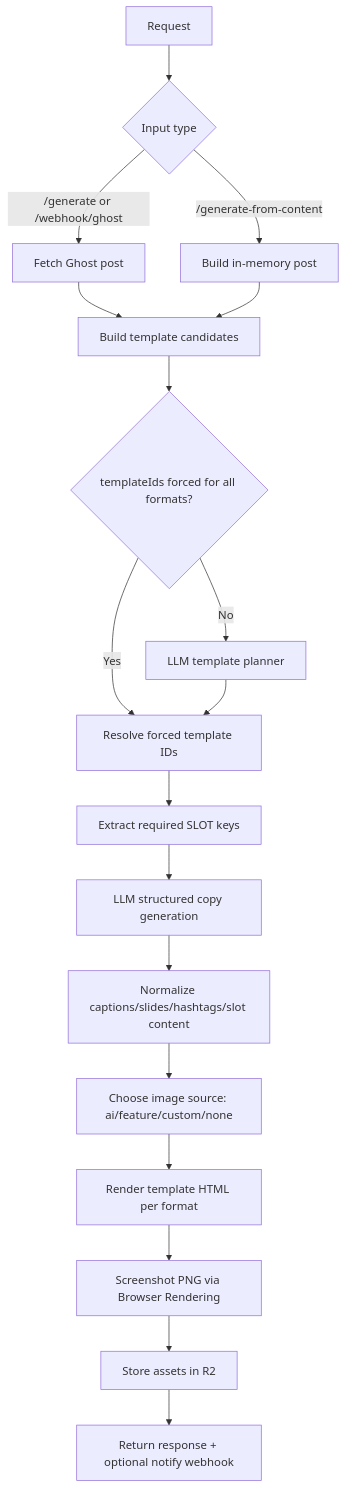
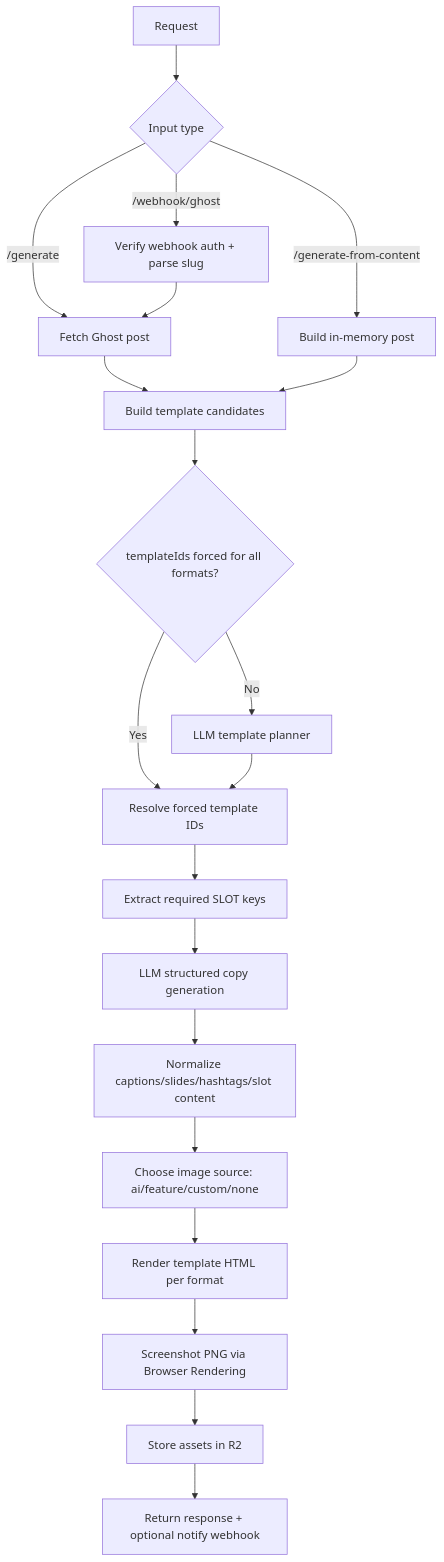
Before and after one commit to sapienskid/tasbir: the second of 3 diagrams in docs/architecture.md, drawn with Mermaid. The commit also changed other lines of this file and 8 other files, not shown here.

Commit message:
docs: add Ghost integration guide and update webhook/storage docs

````diff
--- a/docs/architecture.md
+++ b/docs/architecture.md
@@ -44,20 +44,22 @@
 ```mermaid
 flowchart TD
     A[Request] --> B{Input type}
-    B -->|/generate or /webhook/ghost| C[Fetch Ghost post]
+    B -->|/generate| C[Fetch Ghost post]
+    B -->|/webhook/ghost| B1[Verify webhook auth + parse slug]
+    B1 --> C
     B -->|/generate-from-content| D[Build in-memory post]
     C --> E[Build template candidates]
     D --> E
     E --> F{templateIds forced for all formats?}
     F -->|No| G[LLM template planner]
     F -->|Yes| H[Resolve forced template IDs]
     G --> H
     H --> I[Extract required SLOT keys]
     I --> J[LLM structured copy generation]
     J --> K[Normalize captions/slides/hashtags/slot content]
     K --> L[Choose image source: ai/feature/custom/none]
     L --> M[Render template HTML per format]
     M --> N[Screenshot PNG via Browser Rendering]
     N --> O[Store assets in R2]
     O --> P[Return response + optional notify webhook]
 ```
````
